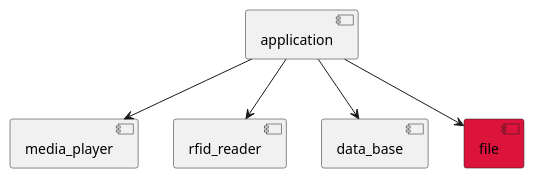
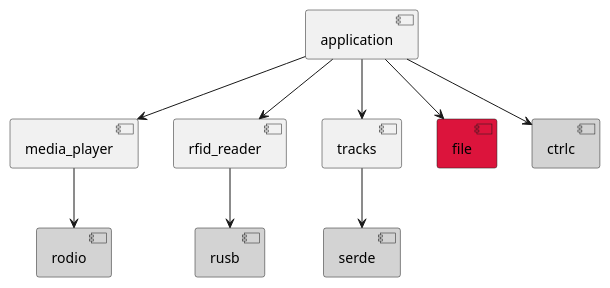
The first of 4 diagrams in Readme.md (rusty-octopus/rfid_media_player), drawn with PlantUML before and after one commit. The commit also changed other lines of this file and 7 other files, not shown here.

````diff
--- a/Readme.md
+++ b/Readme.md
@@ -20,12 +29,21 @@
 ```plantuml
 component application
 component media_player
 component rfid_reader
-component data_base
+component tracks
 component file #Crimson
+component ctrlc #LightGrey
+component rusb #LightGrey
+component rodio #LightGrey
+component serde #LightGrey
 
 application -down-> rfid_reader
-application -down-> data_base
 application -down-> media_player
 application -down-> file
+application -down-> ctrlc
+application -down-> tracks
+media_player -down-> rodio
+rfid_reader -down-> rusb
+tracks -down-> serde
+
 ```
````
